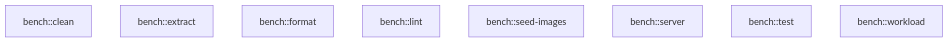
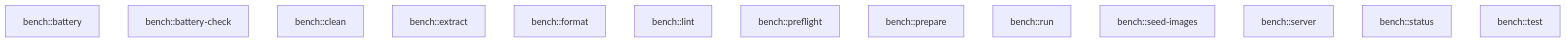
One commit to codesam88/picasu changed the ninth of 9 diagrams in docs/quality-gates.md. Above: the diagram before and after it, drawn with Mermaid. The commit also changed other lines of this file and 22 other files, not shown here.

````diff
--- a/docs/quality-gates.md
+++ b/docs/quality-gates.md
@@ -287,11 +290,16 @@
 ```mermaid
 graph TD
+  bench__battery["bench::battery"]
+  bench__battery-check["bench::battery-check"]
   bench__clean["bench::clean"]
   bench__extract["bench::extract"]
   bench__format["bench::format"]
   bench__lint["bench::lint"]
+  bench__preflight["bench::preflight"]
+  bench__prepare["bench::prepare"]
+  bench__run["bench::run"]
   bench__seed-images["bench::seed-images"]
   bench__server["bench::server"]
+  bench__status["bench::status"]
   bench__test["bench::test"]
-  bench__workload["bench::workload"]
 ```
````
